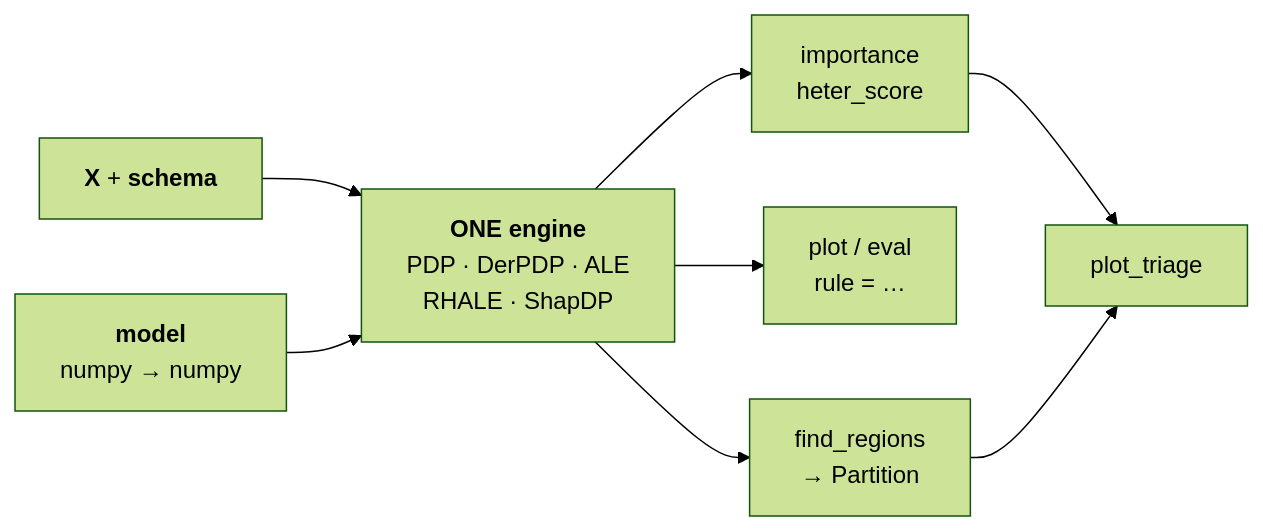
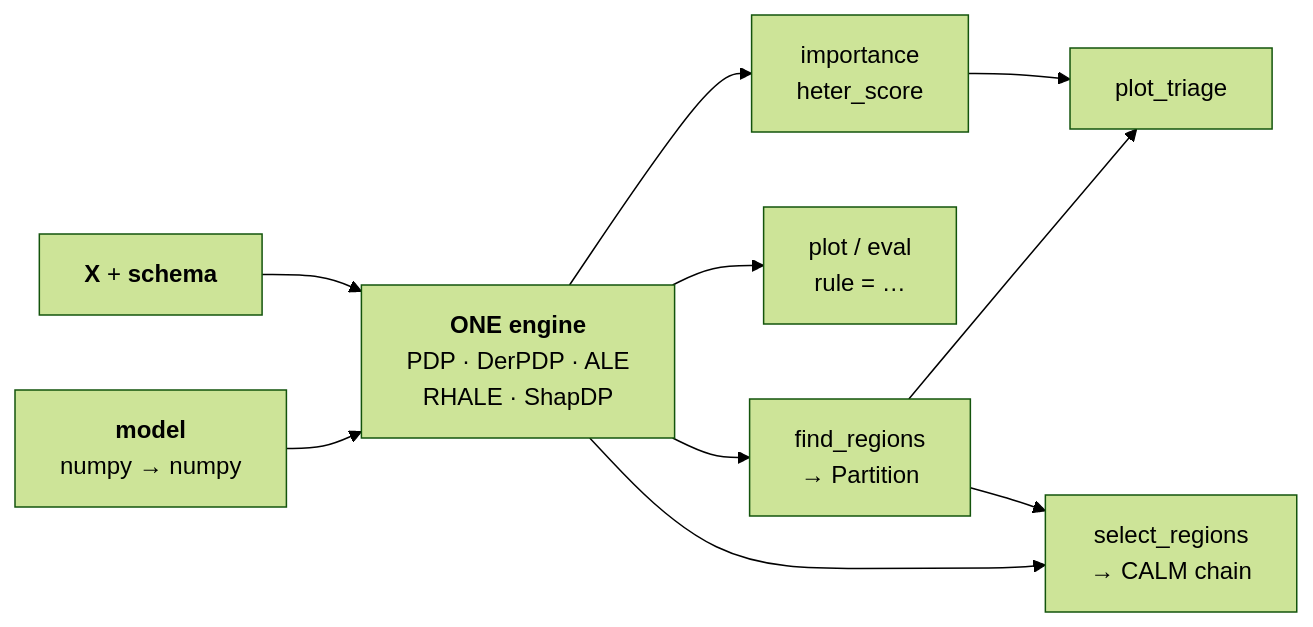
The first of 5 diagrams in docs/docs/quickstart/mental_model.md (givasile/effector), drawn with Mermaid (forest theme) before and after one commit. The commit also changed other lines of this file, not shown here.

Commit message:
mental model: select_regions + CALM chain in glossary, flowcharts, canonical workflow

````diff
--- a/docs/docs/quickstart/mental_model.md
+++ b/docs/docs/quickstart/mental_model.md
@@ -28,11 +33,13 @@
 ```mermaid
 flowchart LR
     X["<b>X</b> + <b>schema</b>"] --> E
     M["<b>model</b><br/>numpy → numpy"] --> E
     E["<b>ONE engine</b><br/>PDP · DerPDP · ALE<br/>RHALE · ShapDP"]
     E --> Q1["importance<br/>heter_score"]
     E --> Q2["plot / eval<br/>rule = …"]
     E --> Q3["find_regions<br/>→ Partition"]
+    E --> Q4["select_regions<br/>→ CALM chain"]
     Q1 --> T["plot_triage"]
     Q3 --> T
+    Q3 --> Q4
 ```
````
